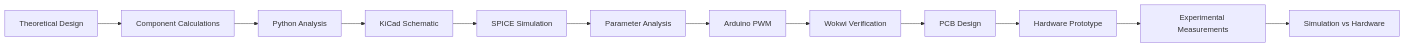
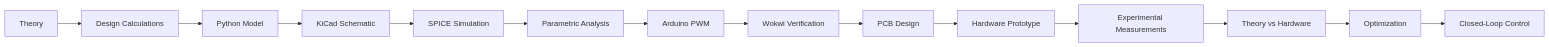
Before and after one commit to SAINANDAN2008-cmd/5v-to-7v-Boost-Converter: the diagram in README.md, drawn with Mermaid. The commit also changed other lines of this file, not shown here.

````diff
--- a/README.md
+++ b/README.md
@@ -1341,14 +2255,16 @@
 ```mermaid
 flowchart LR
-    A["Theoretical Design"] --> B["Component Calculations"]
-    B --> C["Python Analysis"]
+    A["Theory"] --> B["Design Calculations"]
+    B --> C["Python Model"]
     C --> D["KiCad Schematic"]
     D --> E["SPICE Simulation"]
-    E --> F["Parameter Analysis"]
+    E --> F["Parametric Analysis"]
     F --> G["Arduino PWM"]
     G --> H["Wokwi Verification"]
     H --> I["PCB Design"]
     I --> J["Hardware Prototype"]
     J --> K["Experimental Measurements"]
-    K --> L["Simulation vs Hardware"]
+    K --> L["Theory vs Hardware"]
+    L --> M["Optimization"]
+    M --> N["Closed-Loop Control"]
 ```
````
